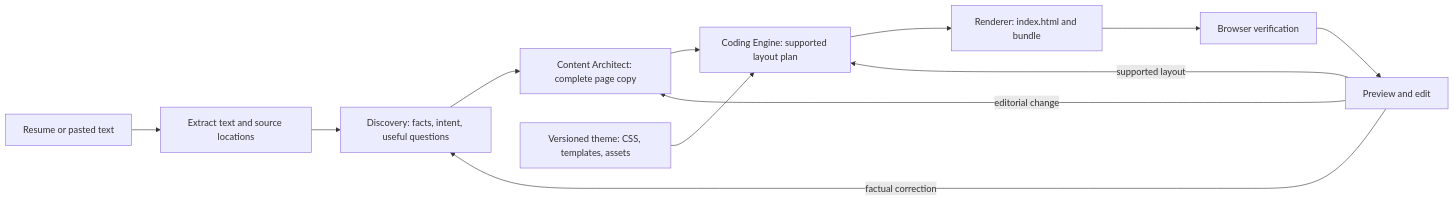
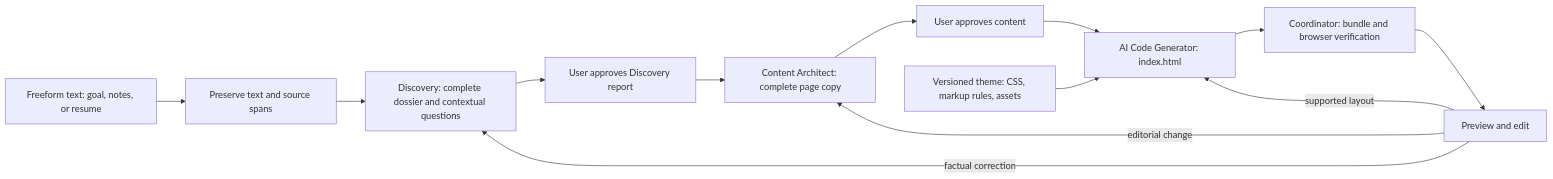
The diagram in docs/architecture/README.md (yashsrivastava0/OryxenAI), drawn with Mermaid before and after one commit. The commit also changed other lines of this file and 6 other files, not shown here.

Commit message:
docs(architecture): define complete agent handoffs and HTML generation

````diff
--- a/docs/architecture/README.md
+++ b/docs/architecture/README.md
@@ -7,14 +7,15 @@
 ```mermaid
 flowchart LR
-    A[Resume or pasted text] --> B[Extract text and source locations]
-    B --> C[Discovery: facts, intent, useful questions]
-    C --> D[Content Architect: complete page copy]
-    D --> E[Coding Engine: supported layout plan]
-    T[Versioned theme: CSS, templates, assets] --> E
-    E --> F[Renderer: index.html and bundle]
-    F --> G[Browser verification]
-    G --> H[Preview and edit]
+    A[Freeform text: goal, notes, or resume] --> B[Preserve text and source spans]
+    B --> C[Discovery: complete dossier and contextual questions]
+    C --> C1[User approves Discovery report]
+    C1 --> D[Content Architect: complete page copy]
+    D --> D1[User approves content]
+    D1 --> E[AI Code Generator: index.html]
+    T[Versioned theme: CSS, markup rules, assets] --> E
+    E --> F[Coordinator: bundle and browser verification]
+    F --> H[Preview and edit]
     H -->|editorial change| D
     H -->|factual correction| C
     H -->|supported layout| E
 ```
````
